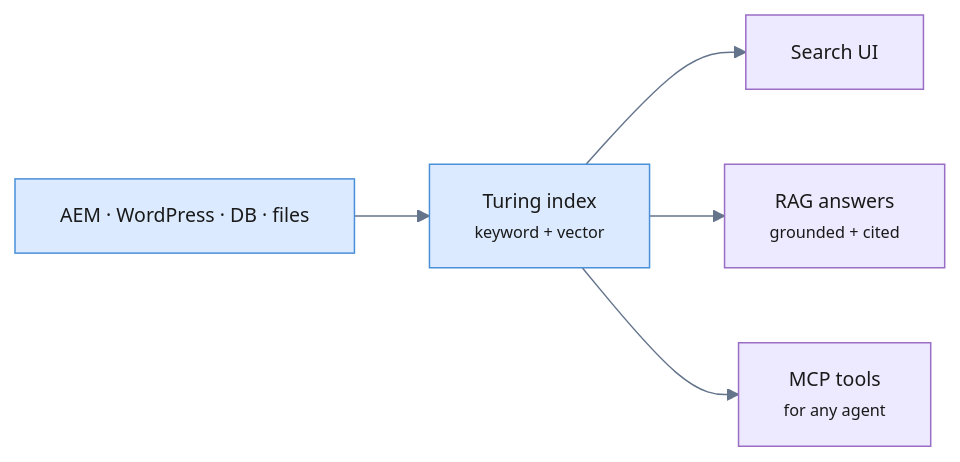
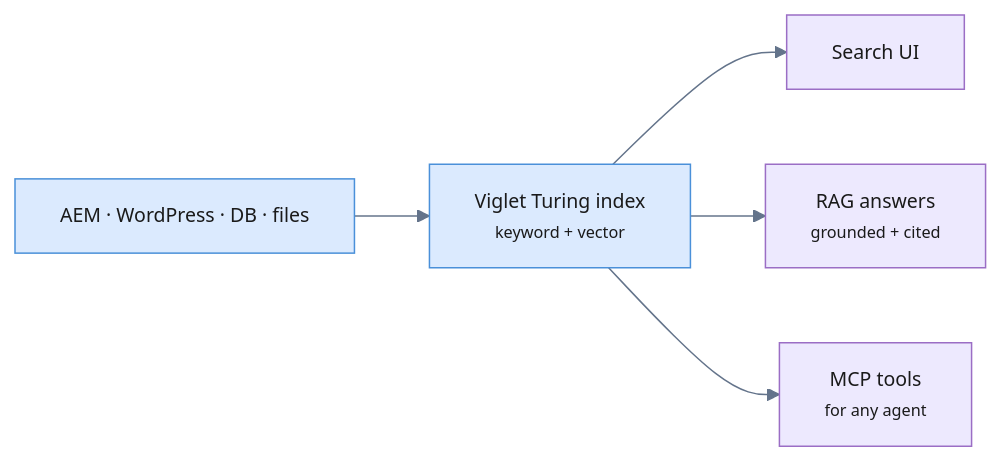
The diagram in content/blog/diagrams/rag-enterprise-content-turing-mcp.mmd (openviglet/site), drawn with Mermaid before and after one commit. The commit also changed 57 other files, not shown here.

```diff
--- a/content/blog/diagrams/rag-enterprise-content-turing-mcp.mmd
+++ b/content/blog/diagrams/rag-enterprise-content-turing-mcp.mmd
@@ -1,10 +1,10 @@
 %%{init: {'theme': 'base', 'themeVariables': {'fontSize': '13px', 'lineColor': '#64748b'}}}%%
 flowchart LR
-    SRC["AEM · WordPress · DB · files"] --> IDX["Turing index<br/><small>keyword + vector</small>"]
+    SRC["AEM · WordPress · DB · files"] --> IDX["Viglet Turing index<br/><small>keyword + vector</small>"]
     IDX --> SRCH["Search UI"]
     IDX --> RAG["RAG answers<br/><small>grounded + cited</small>"]
     IDX --> MCP["MCP tools<br/><small>for any agent</small>"]
 
     classDef a fill:#dbeafe,stroke:#4A90D9,color:#1a1a1a;
     classDef b fill:#ede9fe,stroke:#9B6EC5,color:#1a1a1a;
     class SRC,IDX a; class SRCH,RAG,MCP b;
```
